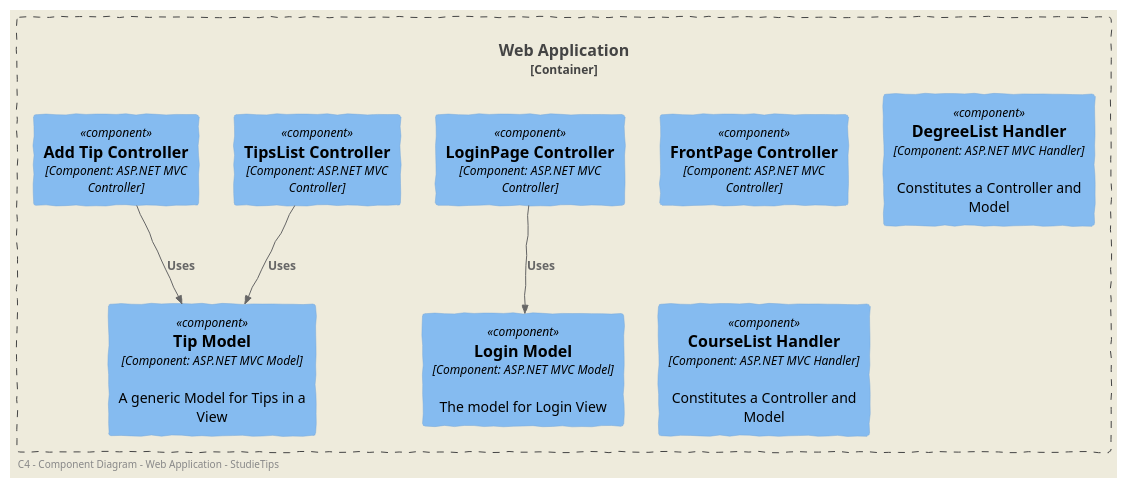
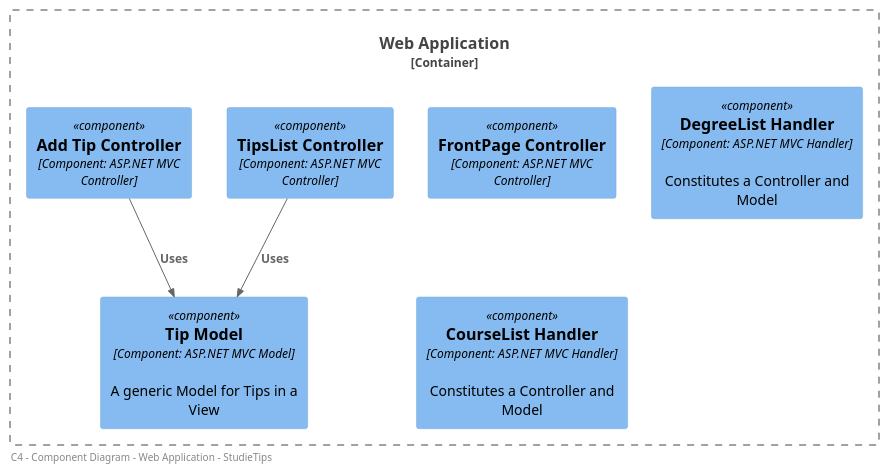
One commit to I4PRJ4/I4PRJ4-plantuml changed the diagram in C4/C4-Level3/Component-WebApplication.puml. Above: the diagram before and after it, drawn with PlantUML. The commit also changed 4 other files, not shown here.

```diff
--- a/C4/C4-Level3/Component-WebApplication.puml
+++ b/C4/C4-Level3/Component-WebApplication.puml
@@ -1,26 +1,20 @@
-@startuml
+@startuml Component Diagram WebApp
 !include <C4/C4_Container>
 !include <C4/C4_Component>
-LAYOUT_AS_SKETCH()
 
 left footer "   C4 - Component Diagram - Web Application - StudieTips"
 
 Container_Boundary(webapp,"Web Application",""){
     
     Component(FrontPageController, "FrontPage Controller", "Component: ASP.NET MVC Controller")
-    Component(LoginController, "LoginPage Controller", "Component: ASP.NET MVC Controller")
     Component(TipListController, "TipsList Controller", "Component: ASP.NET MVC Controller")
     Component(AddTipController, "Add Tip Controller", "Component: ASP.NET MVC Controller")
     Component(Handlers2, "DegreeList Handler", "Component: ASP.NET MVC Handler","Constitutes a Controller and Model")
     Component(Handlers3, "CourseList Handler", "Component: ASP.NET MVC Handler","Constitutes a Controller and Model")
     
-    Component(LoginModel,"Login Model","Component: ASP.NET MVC Model","The model for Login View")
     Component(TipModel,"Tip Model", "Component: ASP.NET MVC Model","A generic Model for Tips in a View")
 } 
 
-
-
-Rel(LoginController,LoginModel,"Uses")
 Rel(TipListController,TipModel,"Uses")
 Rel(AddTipController,TipModel,"Uses")
 @enduml
```
